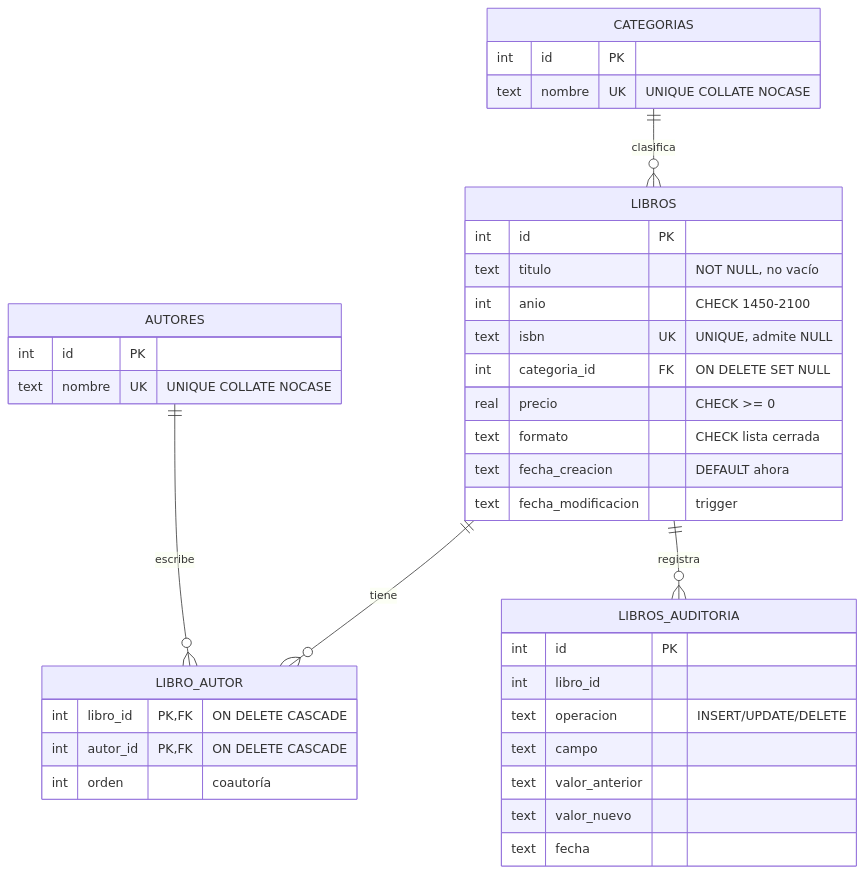
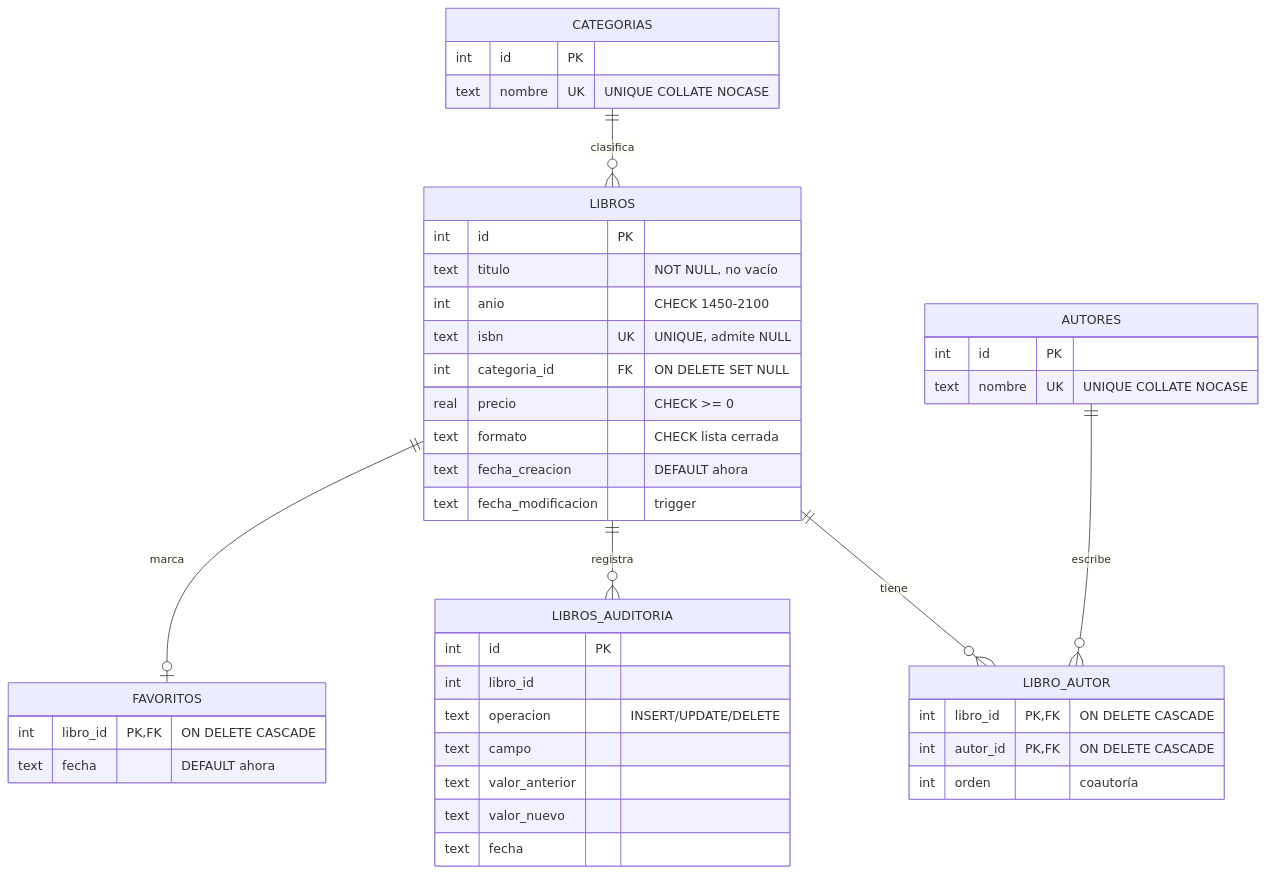
Before and after one commit to Marcelou19/Creacion-de-libros-electronicos: the diagram in README.md, drawn with Mermaid. The commit also changed other lines of this file, not shown here.

````diff
--- a/README.md
+++ b/README.md
@@ -79,41 +79,46 @@
 ```mermaid
 erDiagram
     CATEGORIAS ||--o{ LIBROS : clasifica
     LIBROS     ||--o{ LIBRO_AUTOR : tiene
     AUTORES    ||--o{ LIBRO_AUTOR : escribe
     LIBROS     ||--o{ LIBROS_AUDITORIA : registra
+    LIBROS     ||--o| FAVORITOS : marca
 
     CATEGORIAS {
         int  id PK
         text nombre UK "UNIQUE COLLATE NOCASE"
     }
     AUTORES {
         int  id PK
         text nombre UK "UNIQUE COLLATE NOCASE"
     }
     LIBROS {
         int   id PK
         text  titulo "NOT NULL, no vacío"
         int   anio "CHECK 1450-2100"
         text  isbn UK "UNIQUE, admite NULL"
         int   categoria_id FK "ON DELETE SET NULL"
         real  precio "CHECK >= 0"
         text  formato "CHECK lista cerrada"
         text  fecha_creacion "DEFAULT ahora"
         text  fecha_modificacion "trigger"
     }
     LIBRO_AUTOR {
         int libro_id PK,FK "ON DELETE CASCADE"
         int autor_id PK,FK "ON DELETE CASCADE"
         int orden "coautoría"
     }
+    FAVORITOS {
+        int  libro_id PK,FK "ON DELETE CASCADE"
+        text fecha "DEFAULT ahora"
+    }
     LIBROS_AUDITORIA {
         int  id PK
         int  libro_id
         text operacion "INSERT/UPDATE/DELETE"
         text campo
         text valor_anterior
         text valor_nuevo
         text fecha
     }
 ```
````
